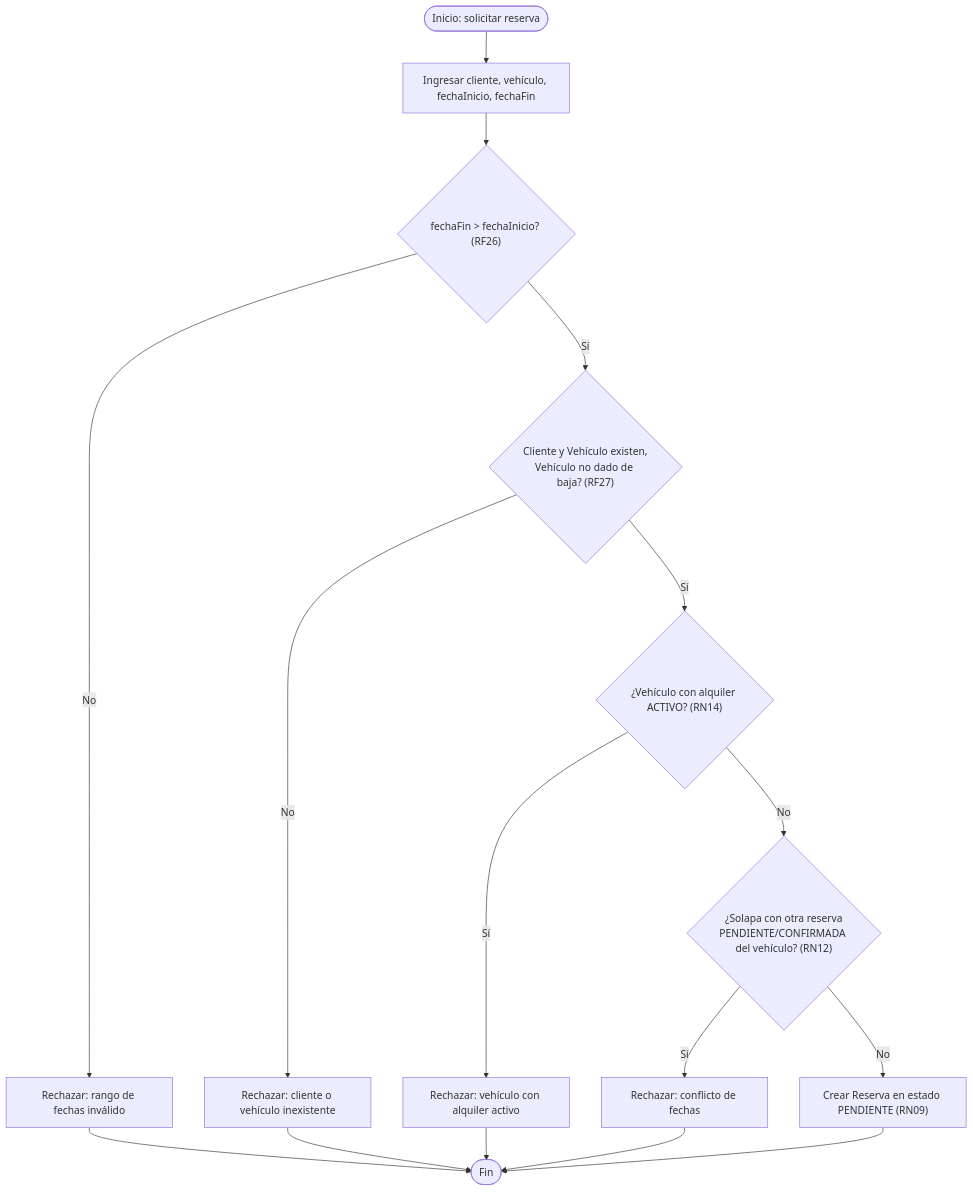
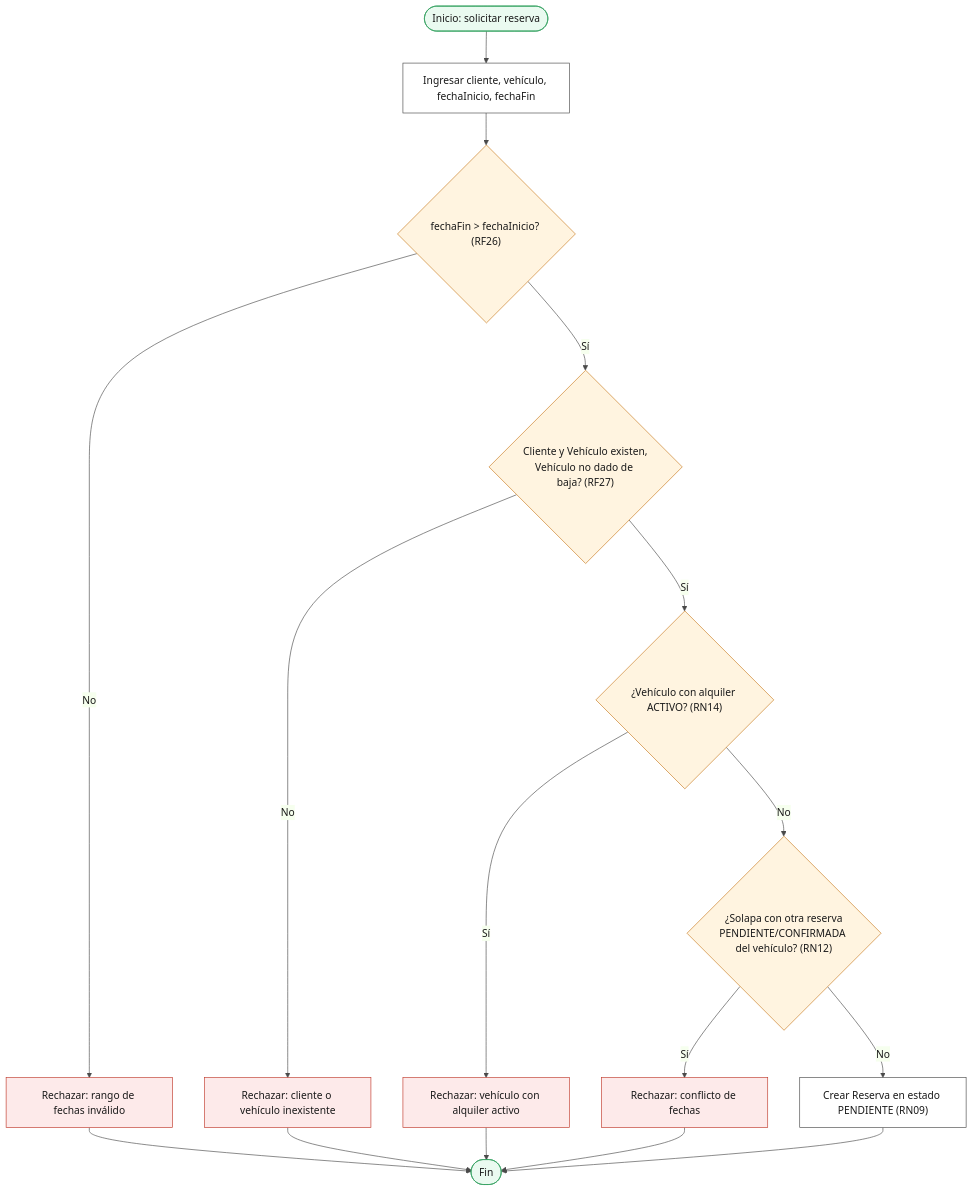
Before and after one commit to chaarlyez/Sistema_de_alquiler_de_veh-culos: the fifth of 6 diagrams in docs/03-uml/02-reservas-chaarlyez.md, drawn with Mermaid. The commit also changed other lines of this file and 6 other files, not shown here.

First line of the commit message:
docs: colorear todos los diagramas Mermaid y cerrar observacion de notacion

````diff
--- a/docs/03-uml/02-reservas-chaarlyez.md
+++ b/docs/03-uml/02-reservas-chaarlyez.md
@@ -176,18 +245,35 @@
 ```mermaid
+%%{init: {'theme': 'base', 'themeVariables': {
+  'background': '#ffffff',
+  'primaryColor': '#eef6ff',
+  'primaryBorderColor': '#2a6fb0',
+  'primaryTextColor': '#1a1a1a',
+  'lineColor': '#4a4a4a',
+  'textColor': '#1a1a1a'
+}}}%%
 flowchart TD
     Start(["Inicio: solicitar reserva"]) --> Datos["Ingresar cliente, vehículo, fechaInicio, fechaFin"]
     Datos --> ValFechas{"fechaFin > fechaInicio? (RF26)"}
     ValFechas -- No --> R1["Rechazar: rango de fechas inválido"]
     R1 --> Fin(["Fin"])
     ValFechas -- Sí --> ExisteCV{"Cliente y Vehículo existen,<br/>Vehículo no dado de baja? (RF27)"}
     ExisteCV -- No --> R2["Rechazar: cliente o vehículo inexistente"]
     R2 --> Fin
     ExisteCV -- Sí --> Activo{"¿Vehículo con alquiler ACTIVO? (RN14)"}
     Activo -- Sí --> R3["Rechazar: vehículo con alquiler activo"]
     R3 --> Fin
     Activo -- No --> Solapa{"¿Solapa con otra reserva<br/>PENDIENTE/CONFIRMADA del vehículo? (RN12)"}
     Solapa -- Sí --> R4["Rechazar: conflicto de fechas"]
     R4 --> Fin
     Solapa -- No --> Crear["Crear Reserva en estado PENDIENTE (RN09)"]
     Crear --> Fin
+
+    classDef startEnd fill:#eafaf0,stroke:#2f9e5c,color:#1a1a1a
+    classDef decision fill:#fff4e0,stroke:#c97a1e,color:#1a1a1a
+    classDef action fill:#ffffff,stroke:#4a4a4a,color:#1a1a1a
+    classDef reject fill:#fdeaea,stroke:#c0392b,color:#1a1a1a
+    class Start,Fin startEnd
+    class ValFechas,ExisteCV,Activo,Solapa decision
+    class Datos,Crear action
+    class R1,R2,R3,R4 reject
 ```
````
